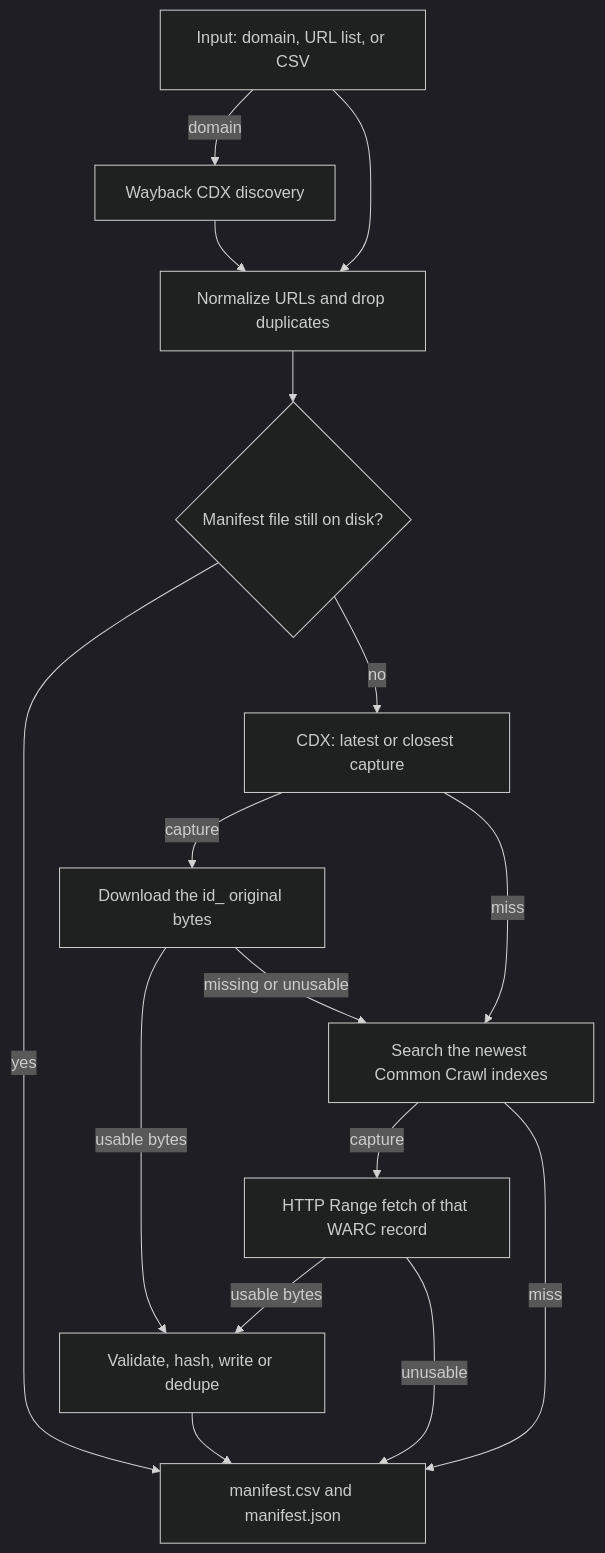
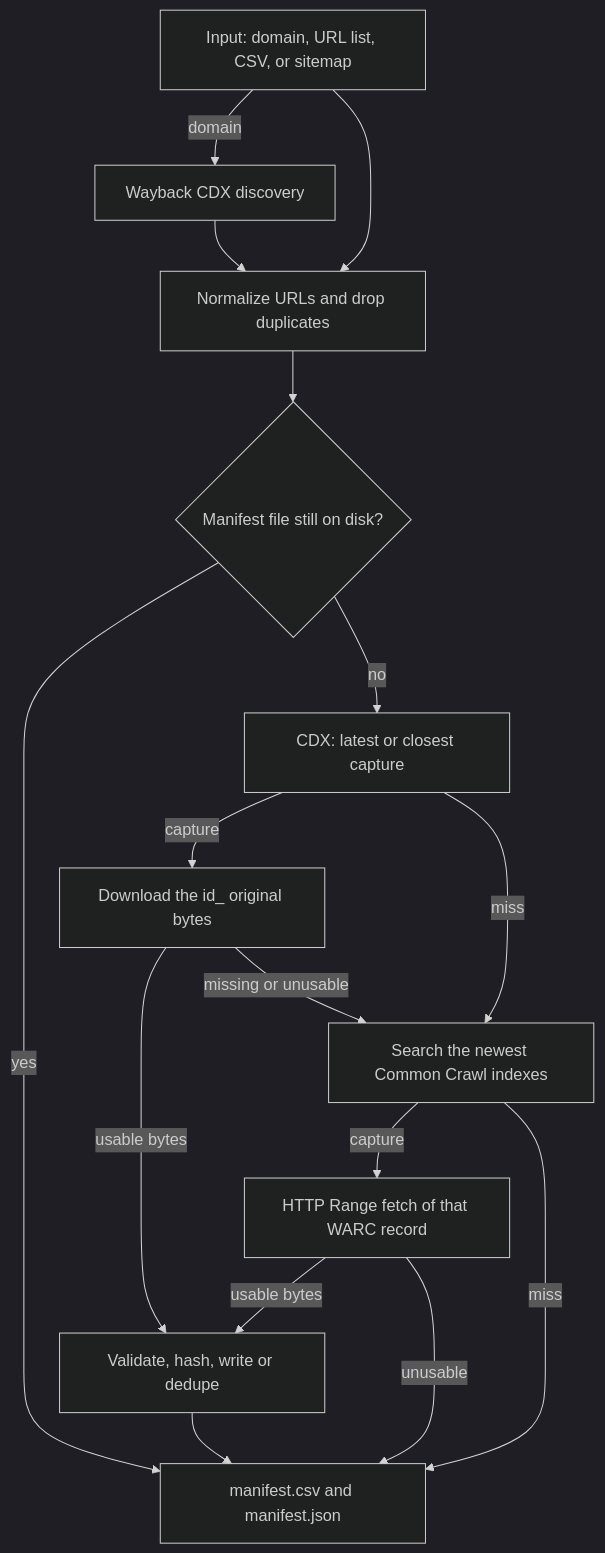
The diagram in README.md (mohamd764/wayback-image-recovery), drawn with Mermaid (dark theme) before and after one commit. The commit also changed other lines of this file and 8 other files, not shown here.

First line of the commit message:
Accept a local sitemap XML file as recover input

````diff
--- a/README.md
+++ b/README.md
@@ -96,29 +102,29 @@
 ```mermaid
 flowchart TD
-  input[Input: domain, URL list, or CSV]
+  input[Input: domain, URL list, CSV, or sitemap]
   discover[Wayback CDX discovery]
   urls[Normalize URLs and drop duplicates]
   resume{Manifest file still on disk?}
   wayback[CDX: latest or closest capture]
   raw[Download the id_ original bytes]
   cc[Search the newest Common Crawl indexes]
   warc[HTTP Range fetch of that WARC record]
   save[Validate, hash, write or dedupe]
   report[manifest.csv and manifest.json]
 
   input -->|domain| discover
   input --> urls
   discover --> urls
   urls --> resume
   resume -->|yes| report
   resume -->|no| wayback
   wayback -->|capture| raw
   wayback -->|miss| cc
   raw -->|usable bytes| save
   raw -->|missing or unusable| cc
   cc -->|capture| warc
   cc -->|miss| report
   warc -->|usable bytes| save
   warc -->|unusable| report
   save --> report
 ```
````
